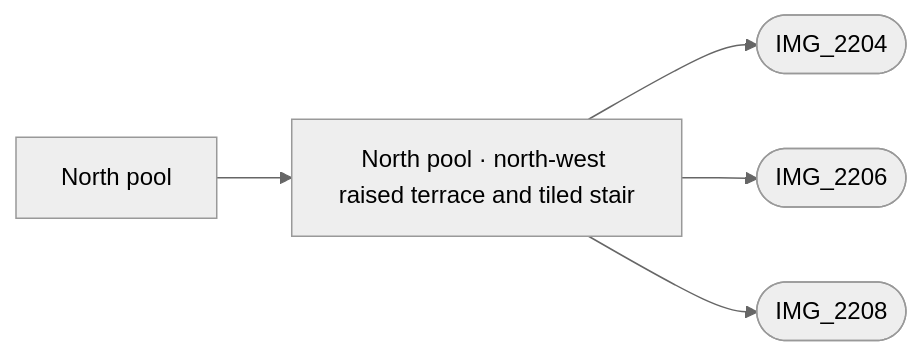
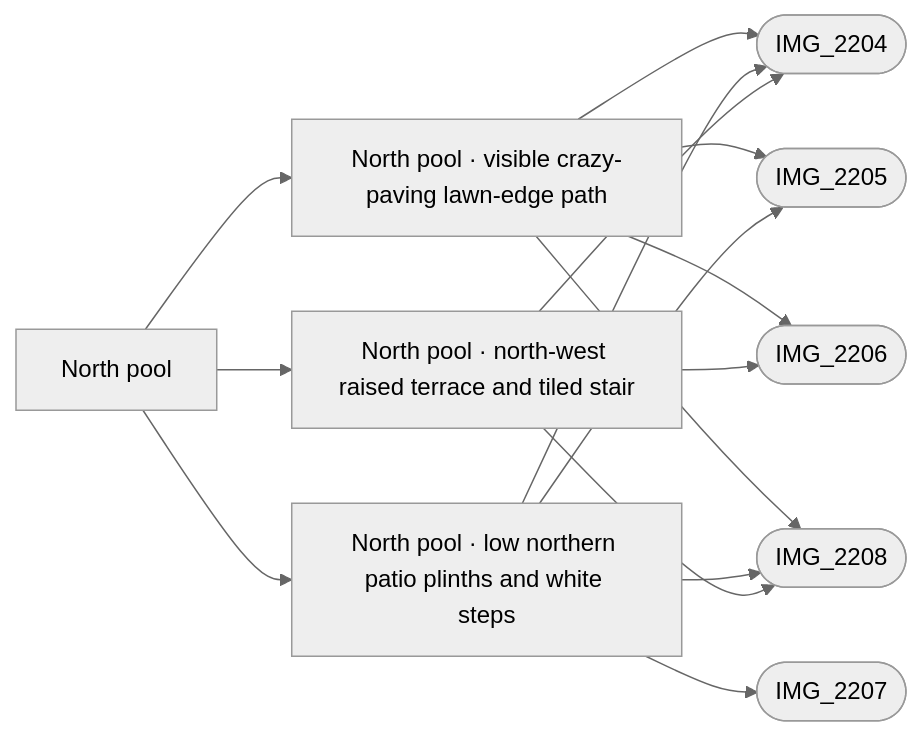
The diagram in refs/areas/north-pool.md (daveyboyc/villacana-venture), drawn with Mermaid (neutral theme) before and after one commit. The commit also changed other lines of this file and 27 other files, not shown here.

Commit message:
Trace north-pool low patio steps and curved paving (#36)

````diff
--- a/refs/areas/north-pool.md
+++ b/refs/areas/north-pool.md
@@ -46,8 +39,18 @@
 ```mermaid
 graph LR
   A["North pool"]
-  A --> F0["North pool · north-west raised terrace and tiled stair"]
+  A --> F0["North pool · visible crazy-paving lawn-edge path"]
   F0 --> PIMG_2204_jpg(["IMG_2204"])
+  F0 --> PIMG_2205_jpg(["IMG_2205"])
   F0 --> PIMG_2206_jpg(["IMG_2206"])
   F0 --> PIMG_2208_jpg(["IMG_2208"])
+  A --> F1["North pool · low northern patio plinths and white steps"]
+  F1 --> PIMG_2204_jpg(["IMG_2204"])
+  F1 --> PIMG_2205_jpg(["IMG_2205"])
+  F1 --> PIMG_2207_jpg(["IMG_2207"])
+  F1 --> PIMG_2208_jpg(["IMG_2208"])
+  A --> F2["North pool · north-west raised terrace and tiled stair"]
+  F2 --> PIMG_2204_jpg(["IMG_2204"])
+  F2 --> PIMG_2206_jpg(["IMG_2206"])
+  F2 --> PIMG_2208_jpg(["IMG_2208"])
 ```
````
